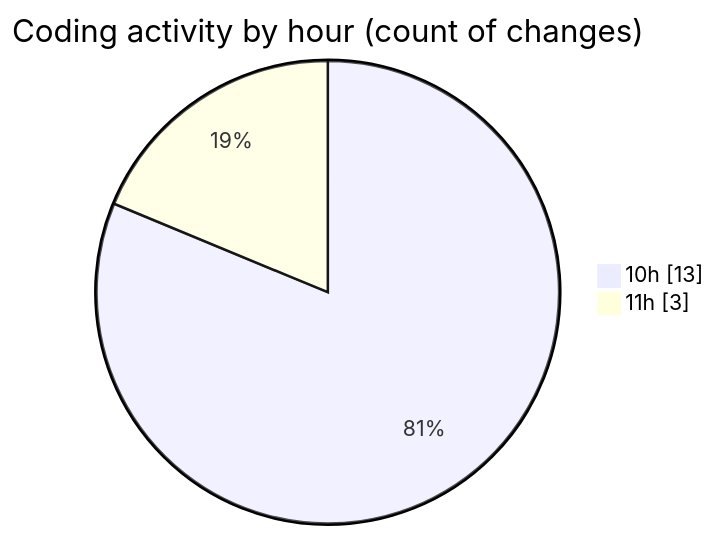
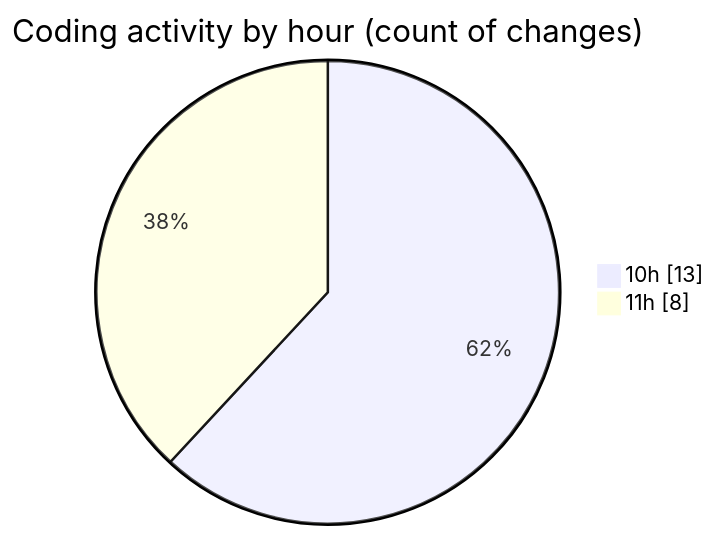
The second of 2 diagrams in 2025-08-04/ribbon/README.md (EIIisD/code-tracking), drawn with Mermaid before and after one commit. The commit also changed other lines of this file and 1 other file, not shown here.

````diff
--- a/2025-08-04/ribbon/README.md
+++ b/2025-08-04/ribbon/README.md
@@ -38,6 +39,6 @@
 ```mermaid
 pie showData
 title Coding activity by hour (count of changes)
 "10h" : 13
-"11h" : 3
+"11h" : 8
 ```
````
